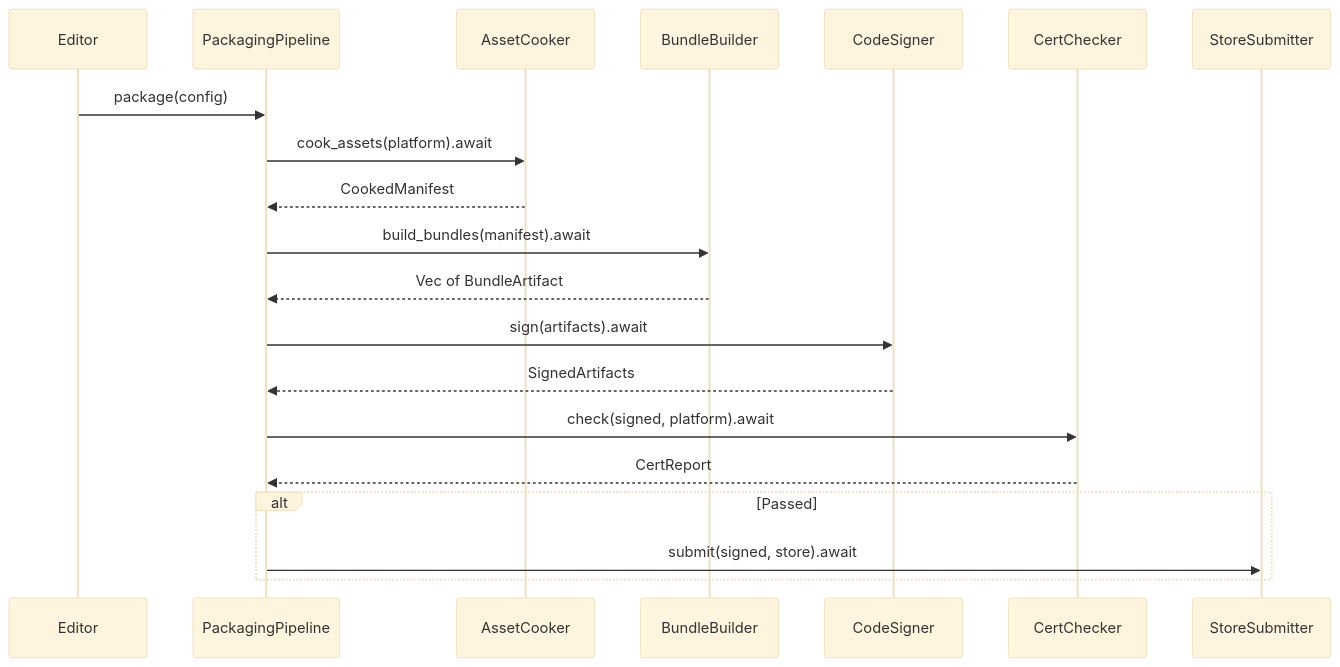
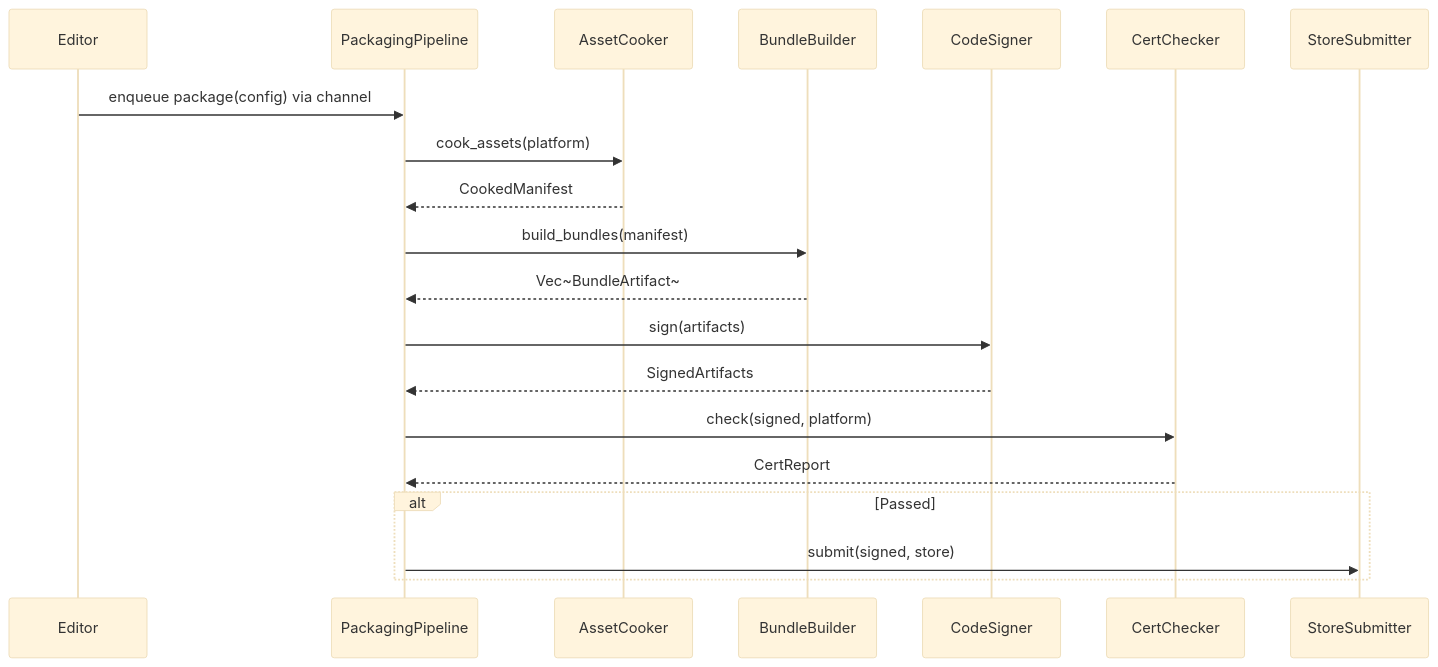
Before and after one commit to harmonius-dev/harmonius: the second of 5 diagrams in docs/design/tools/build-deploy.md, drawn with Mermaid (base theme). The commit also changed other lines of this file and 174 other files, not shown here.

````diff
--- a/docs/design/tools/build-deploy.md
+++ b/docs/design/tools/build-deploy.md
@@ -164,23 +208,23 @@
 ```mermaid
 sequenceDiagram
     participant UI as Editor
     participant PK as PackagingPipeline
     participant CK as AssetCooker
     participant BD as BundleBuilder
     participant CS as CodeSigner
     participant CT as CertChecker
     participant ST as StoreSubmitter
 
-    UI->>PK: package(config)
-    PK->>CK: cook_assets(platform).await
+    UI->>PK: enqueue package(config) via channel
+    PK->>CK: cook_assets(platform)
     CK-->>PK: CookedManifest
-    PK->>BD: build_bundles(manifest).await
-    BD-->>PK: Vec of BundleArtifact
-    PK->>CS: sign(artifacts).await
+    PK->>BD: build_bundles(manifest)
+    BD-->>PK: Vec~BundleArtifact~
+    PK->>CS: sign(artifacts)
     CS-->>PK: SignedArtifacts
-    PK->>CT: check(signed, platform).await
+    PK->>CT: check(signed, platform)
     CT-->>PK: CertReport
     alt Passed
-        PK->>ST: submit(signed, store).await
+        PK->>ST: submit(signed, store)
     end
 ```
````
